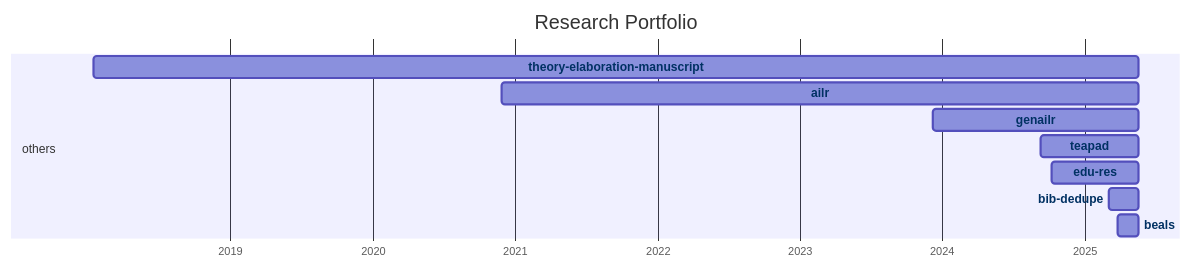
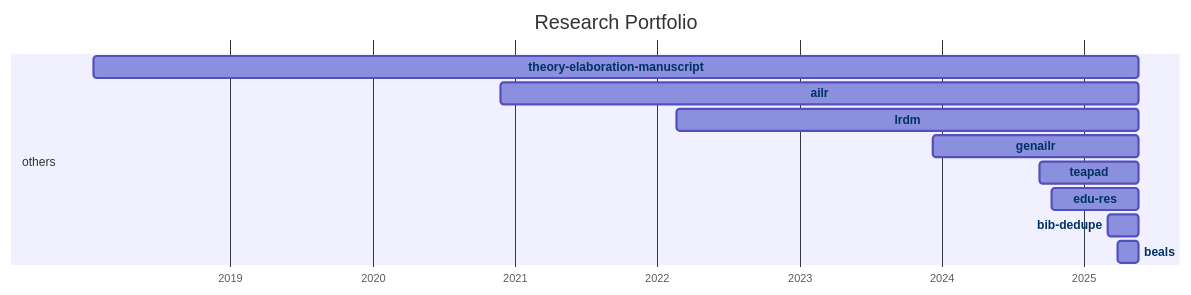
The diagram in docs/20-research/25-projects-gantt.md (digital-work-lab/handbook), drawn with Mermaid before and after one commit. The commit also changed 3 other files, not shown here.

````diff
--- a/docs/20-research/25-projects-gantt.md
+++ b/docs/20-research/25-projects-gantt.md
@@ -8,33 +8,35 @@
 ```mermaid
 ---
 displayMode: compact
 ---
 gantt
 title Research Portfolio
 dateFormat YYYY-MM-DD
 axisFormat %Y
 
     section work_practices
 
     section distributed_organizing
 
     section knowledge_synthesis
 
     section others
-        beals :beals, 2025-03-28, 2025-05-20
-        bib-dedupe :bib-dedupe, 2025-03-04, 2025-05-20
-        edu-res :edu-res, 2024-10-10, 2025-05-20
-        teapad :teapad, 2024-09-10, 2025-05-20
-        genailr :genailr, 2023-12-10, 2025-05-20
-        ailr :ailr, 2020-11-26, 2025-05-20
-        theory-elaboration-manuscript :theory-elaboration-manuscript, 2018-01-15, 2025-05-20
+        beals :beals, 2025-03-28, 2025-05-21
+        bib-dedupe :bib-dedupe, 2025-03-04, 2025-05-21
+        edu-res :edu-res, 2024-10-10, 2025-05-21
+        teapad :teapad, 2024-09-10, 2025-05-21
+        genailr :genailr, 2023-12-10, 2025-05-21
+        lrdm :lrdm, 2022-02-20, 2025-05-21
+        ailr :ailr, 2020-11-26, 2025-05-21
+        theory-elaboration-manuscript :theory-elaboration-manuscript, 2018-01-15, 2025-05-21
 
 
     click beals href "{{ site.baseurl }}/docs/20-research/25-projects/_repos/beals"
     click bib-dedupe href "{{ site.baseurl }}/docs/20-research/25-projects/_repos/bib-dedupe"
     click edu-res href "{{ site.baseurl }}/docs/20-research/25-projects/_repos/edu-res"
     click teapad href "{{ site.baseurl }}/docs/20-research/25-projects/_repos/teapad"
     click genailr href "{{ site.baseurl }}/docs/20-research/25-projects/_repos/genailr"
+    click lrdm href "{{ site.baseurl }}/docs/20-research/25-projects/_repos/lrdm"
     click ailr href "{{ site.baseurl }}/docs/20-research/25-projects/_repos/ailr"
     click theory-elaboration-manuscript href "{{ site.baseurl }}/docs/20-research/25-projects/_repos/theory-elaboration-manuscript"
 ```
````
